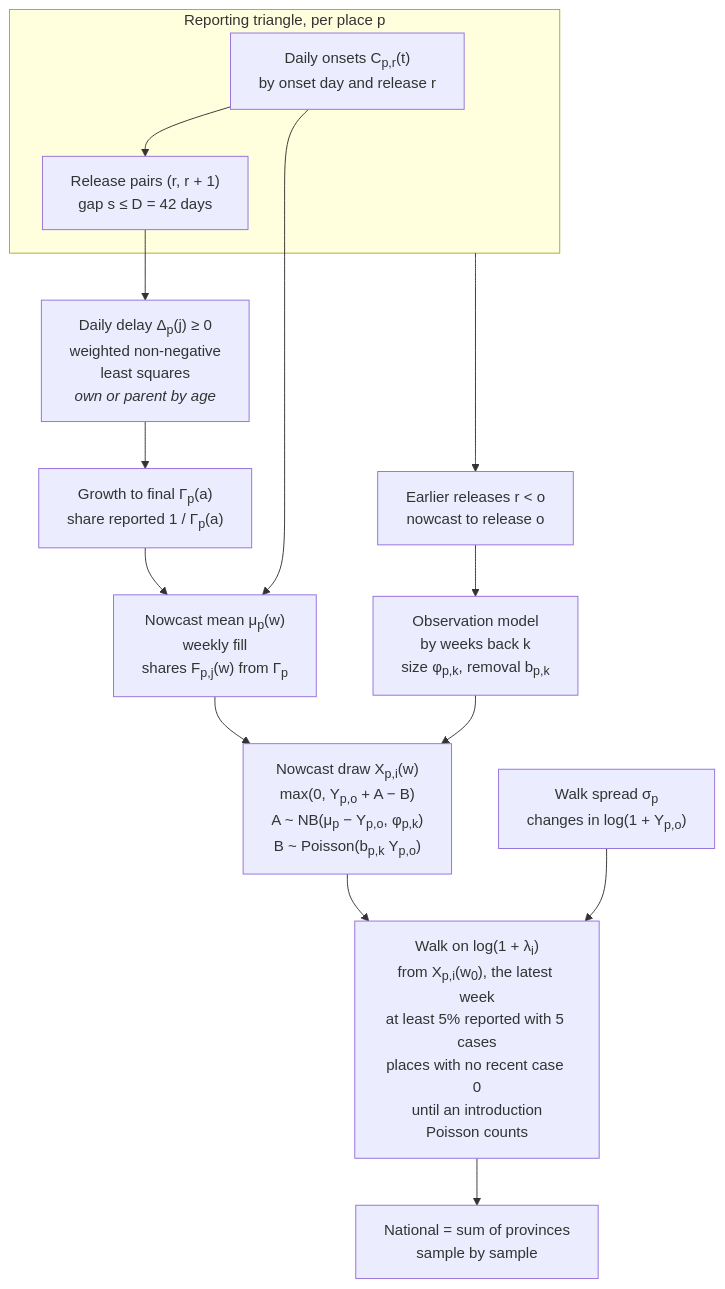
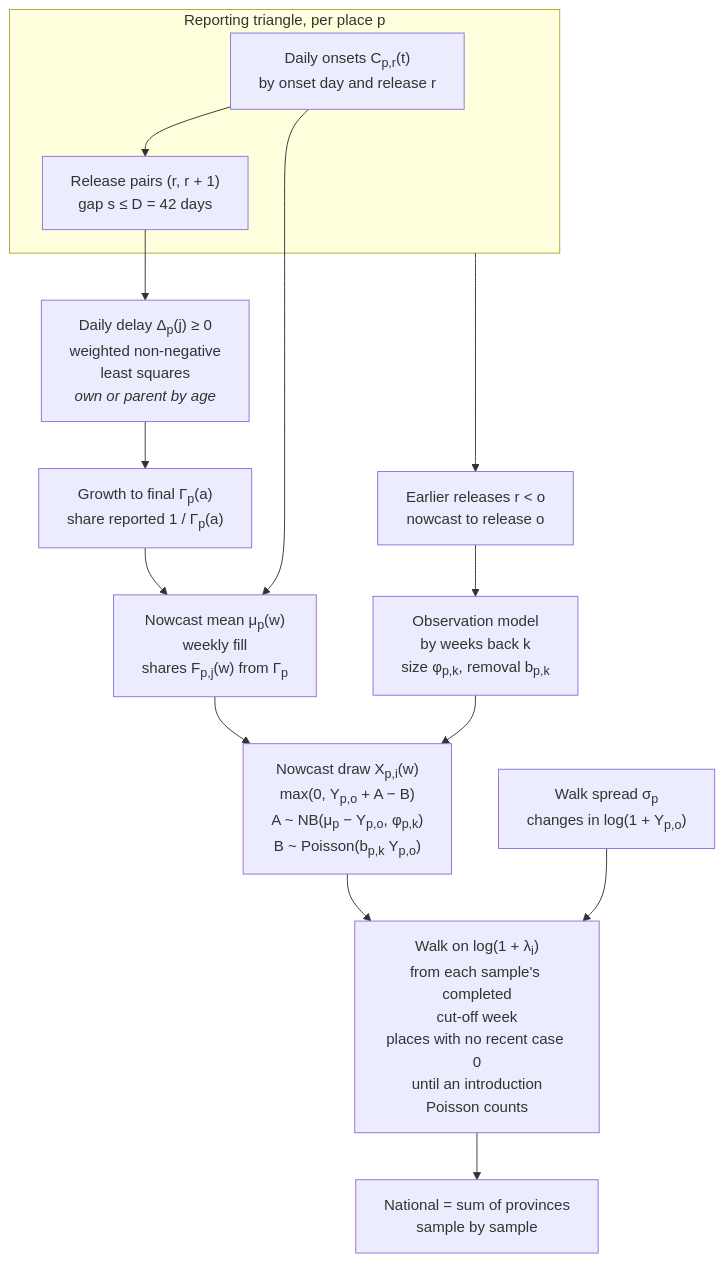
The first of 2 diagrams in docs/methods/baselines.md (seabbs/BDBVHubRenewal), drawn with Mermaid before and after one commit. The commit also changed other lines of this file and 3 other files, not shown here.

First line of the commit message:
feat: walk on from each sample's completed cut-off week

````diff
--- a/docs/methods/baselines.md
+++ b/docs/methods/baselines.md
@@ -27,29 +27,29 @@
 ```mermaid
 flowchart TD
     subgraph TRI["Reporting triangle, per place p"]
         SNAP["Daily onsets C<sub>p,r</sub>(t)<br/>by onset day and release r"]
         PAIR["Release pairs (r, r + 1)<br/>gap s ≤ D = 42 days"]
     end
     DEL["Daily delay Δ<sub>p</sub>(j) ≥ 0<br/>weighted non-negative<br/>least squares<br/><i>own or parent by age</i>"]
     G["Growth to final Γ<sub>p</sub>(a)<br/>share reported 1 / Γ<sub>p</sub>(a)"]
     MU["Nowcast mean μ<sub>p</sub>(w)<br/>weekly fill<br/>shares F<sub>p,j</sub>(w) from Γ<sub>p</sub>"]
     RETRO["Earlier releases r &lt; o<br/>nowcast to release o"]
     OBS["Observation model<br/>by weeks back k<br/>size φ<sub>p,k</sub>, removal b<sub>p,k</sub>"]
     X["Nowcast draw X<sub>p,i</sub>(w)<br/>max(0, Y<sub>p,o</sub> + A − B)<br/>A ~ NB(μ<sub>p</sub> − Y<sub>p,o</sub>, φ<sub>p,k</sub>)<br/>B ~ Poisson(b<sub>p,k</sub> Y<sub>p,o</sub>)"]
     SIG["Walk spread σ<sub>p</sub><br/>changes in log(1 + Y<sub>p,o</sub>)"]
-    W["Walk on log(1 + λ<sub>i</sub>)<br/>from X<sub>p,i</sub>(w<sub>0</sub>), the latest week<br/>at least 5% reported with 5 cases<br/>places with no recent case 0<br/>until an introduction<br/>Poisson counts"]
+    W["Walk on log(1 + λ<sub>i</sub>)<br/>from each sample's completed<br/>cut-off week<br/>places with no recent case 0<br/>until an introduction<br/>Poisson counts"]
     NAT["National = sum of provinces<br/>sample by sample"]
 
     SNAP --> PAIR
     PAIR --> DEL
     DEL --> G
     G --> MU
     SNAP --> MU
     TRI --> RETRO
     RETRO --> OBS
     MU --> X
     OBS --> X
     X --> W
     SIG --> W
     W --> NAT
 ```
````
